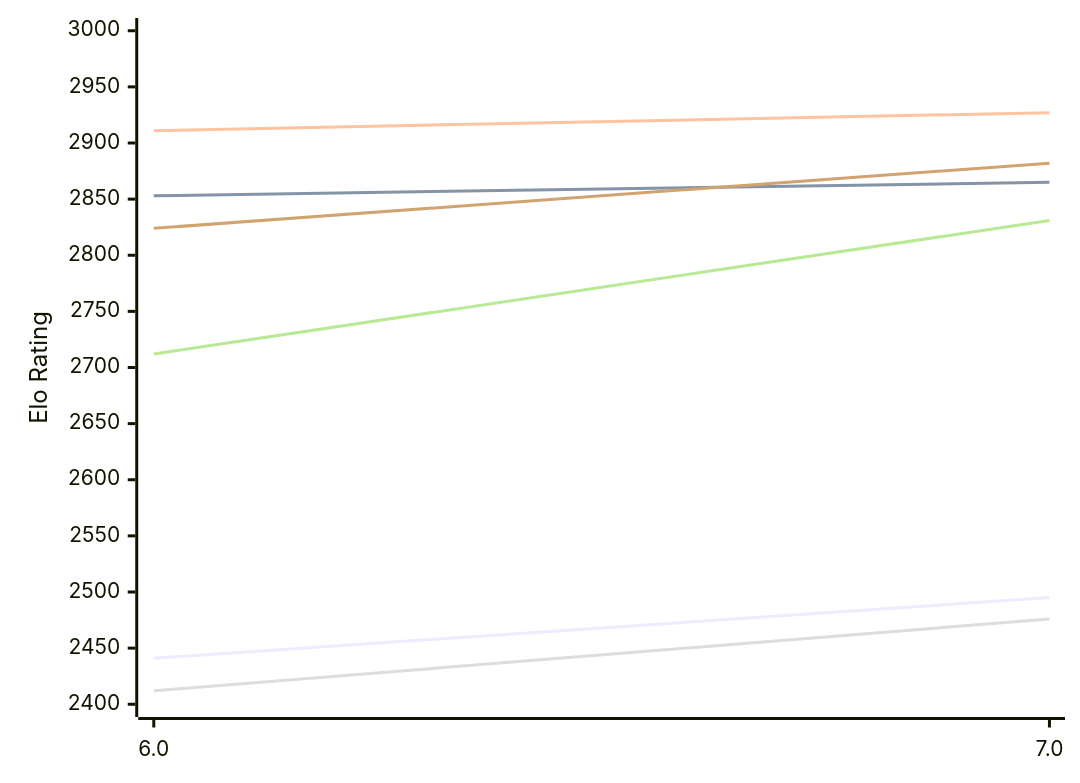
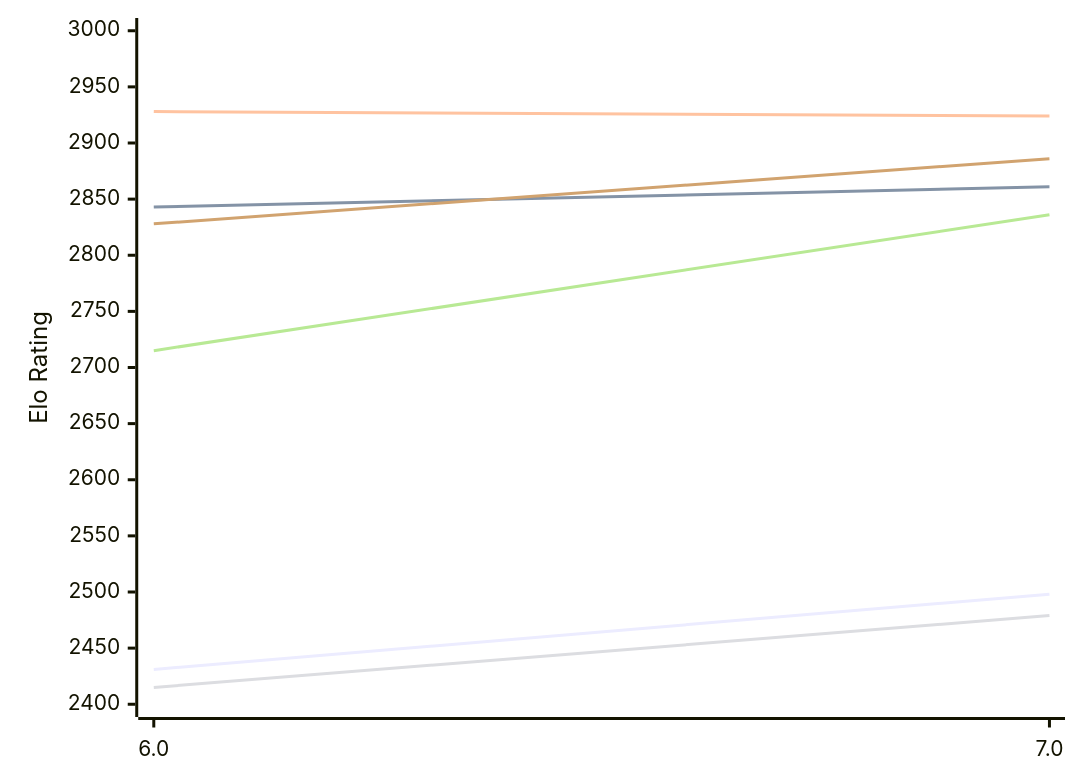
One commit to computer-chess-index/cci changed the first of 2 diagrams in engines/tomitankChess.md. Above: the diagram before and after it, drawn with Mermaid. The commit also changed other lines of this file, not shown here.

Commit message:
Update CCI Ratings (ELO VLTC) - 2026-11-24

````diff
--- a/engines/tomitankChess.md
+++ b/engines/tomitankChess.md
@@ -51,12 +51,12 @@
 ```mermaid
 %%{init: {"theme":"base","themeVariables":{"seriesColors:['#a3a3a3','#222221','#faa371']}}}%%
 xychart-beta
   x-axis ["6.0", "7.0"]
   y-axis "Elo Rating" 2400 --> 3000
-  line "E1: STC (8.0+0.08s)" [2441, 2495]
-  line "E1: LTC (60.0+0.60s)" [2853, 2865]
-  line "E1: VLTC (2m24s+1.12s)" [2911, 2927]
-  line "P1: STC (8.0+0.08s)" [2412, 2476]
-  line "P1: LTC (60.0+0.60s)" [2712, 2831]
-  line "P1: VLTC (2m24s+1.12s)" [2824, 2882]
+  line "E1: STC (8.0+0.08s)" [2431, 2498]
+  line "E1: LTC (60.0+0.60s)" [2843, 2861]
+  line "E1: VLTC (2m24s+1.12s)" [2928, 2924]
+  line "P1: STC (8.0+0.08s)" [2415, 2479]
+  line "P1: LTC (60.0+0.60s)" [2715, 2836]
+  line "P1: VLTC (2m24s+1.12s)" [2828, 2886]
 ```
````
